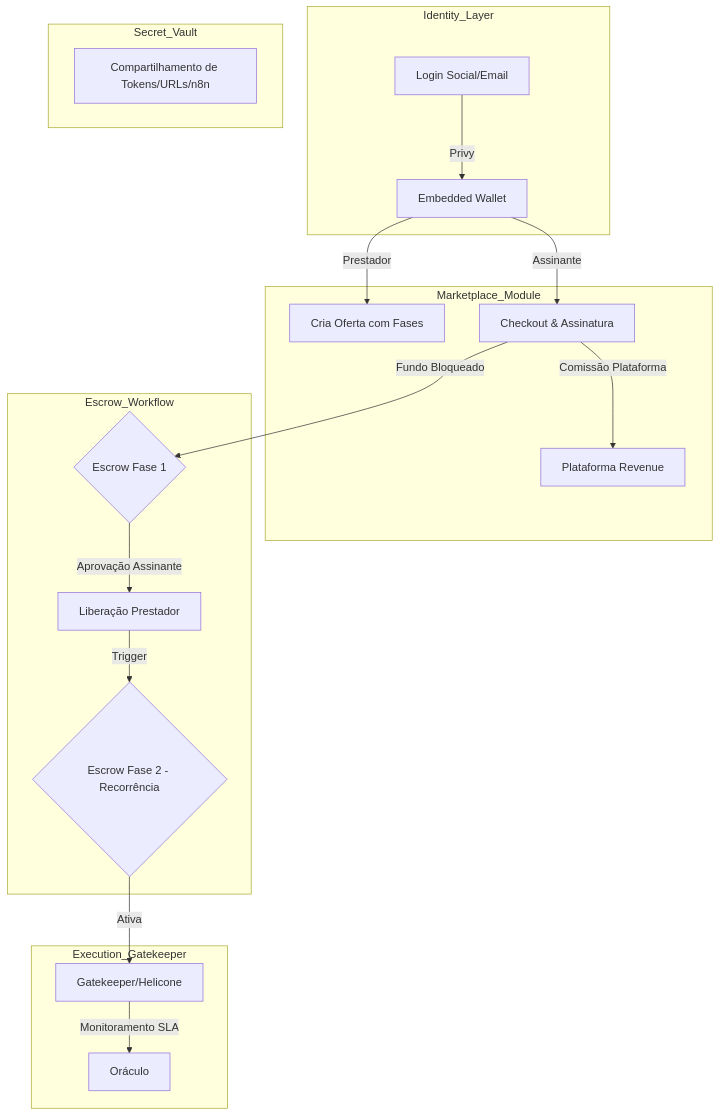
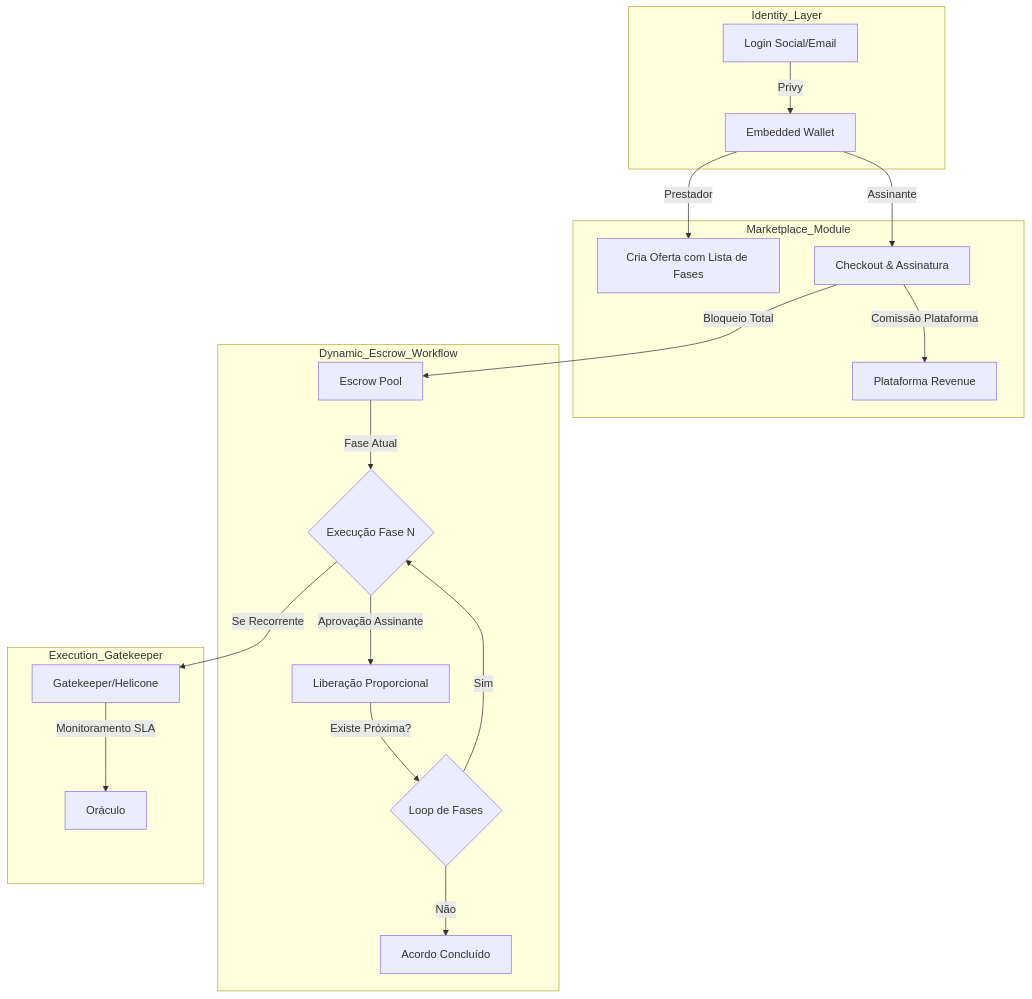
The first of 2 diagrams in docs/global-architecture.md (govinda777/HireTrust), drawn with Mermaid before and after one commit. The commit also changed other lines of this file and 1 other file, not shown here.

First line of the commit message:
feat: implement dynamic multi-phase workflow architecture

````diff
--- a/docs/global-architecture.md
+++ b/docs/global-architecture.md
@@ -35,27 +34,26 @@
 ```mermaid
 graph TD
     subgraph Identity_Layer
         A[Login Social/Email] -->|Privy| B[Embedded Wallet]
     end
 
     subgraph Marketplace_Module
-        B -->|Prestador| C[Cria Oferta com Fases]
+        B -->|Prestador| C[Cria Oferta com Lista de Fases]
         B -->|Assinante| D[Checkout & Assinatura]
         D -->|Comissão Plataforma| E[Plataforma Revenue]
     end
 
-    subgraph Escrow_Workflow
-        D -->|Fundo Bloqueado| F{Escrow Fase 1}
-        F -->|Aprovação Assinante| G[Liberação Prestador]
-        G -->|Trigger| H{Escrow Fase 2 - Recorrência}
-    end
-
-    subgraph Secret_Vault
-        I[Compartilhamento de Tokens/URLs/n8n]
+    subgraph Dynamic_Escrow_Workflow
+        D -->|Bloqueio Total| F[Escrow Pool]
+        F -->|Fase Atual| G{Execução Fase N}
+        G -->|Aprovação Assinante| H[Liberação Proporcional]
+        H -->|Existe Próxima?| I{Loop de Fases}
+        I -->|Sim| G
+        I -->|Não| J[Acordo Concluído]
     end
 
     subgraph Execution_Gatekeeper
-        H -->|Ativa| J[Gatekeeper/Helicone]
-        J -->|Monitoramento SLA| K[Oráculo]
+        G -->|Se Recorrente| K[Gatekeeper/Helicone]
+        K -->|Monitoramento SLA| L[Oráculo]
     end
 ```
````
